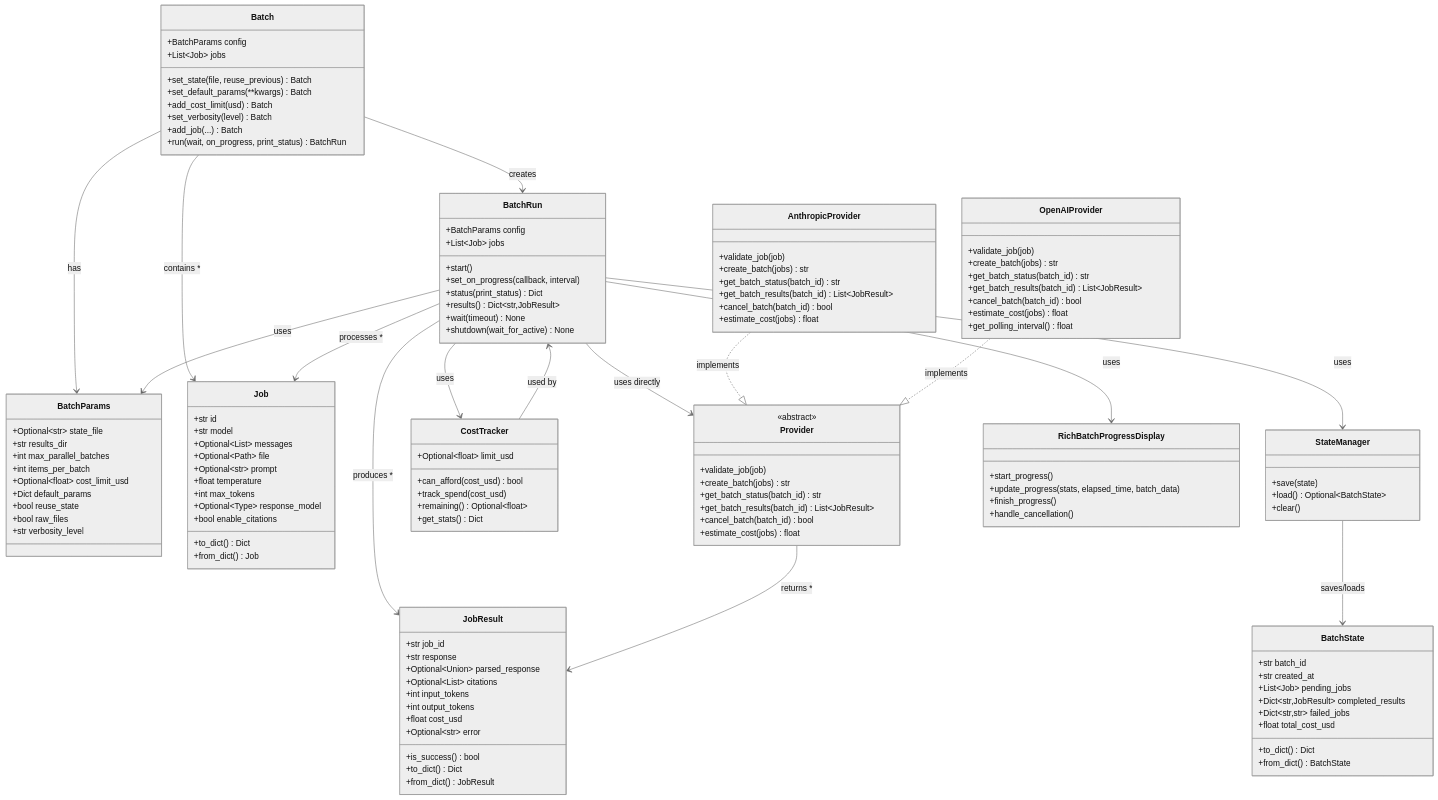
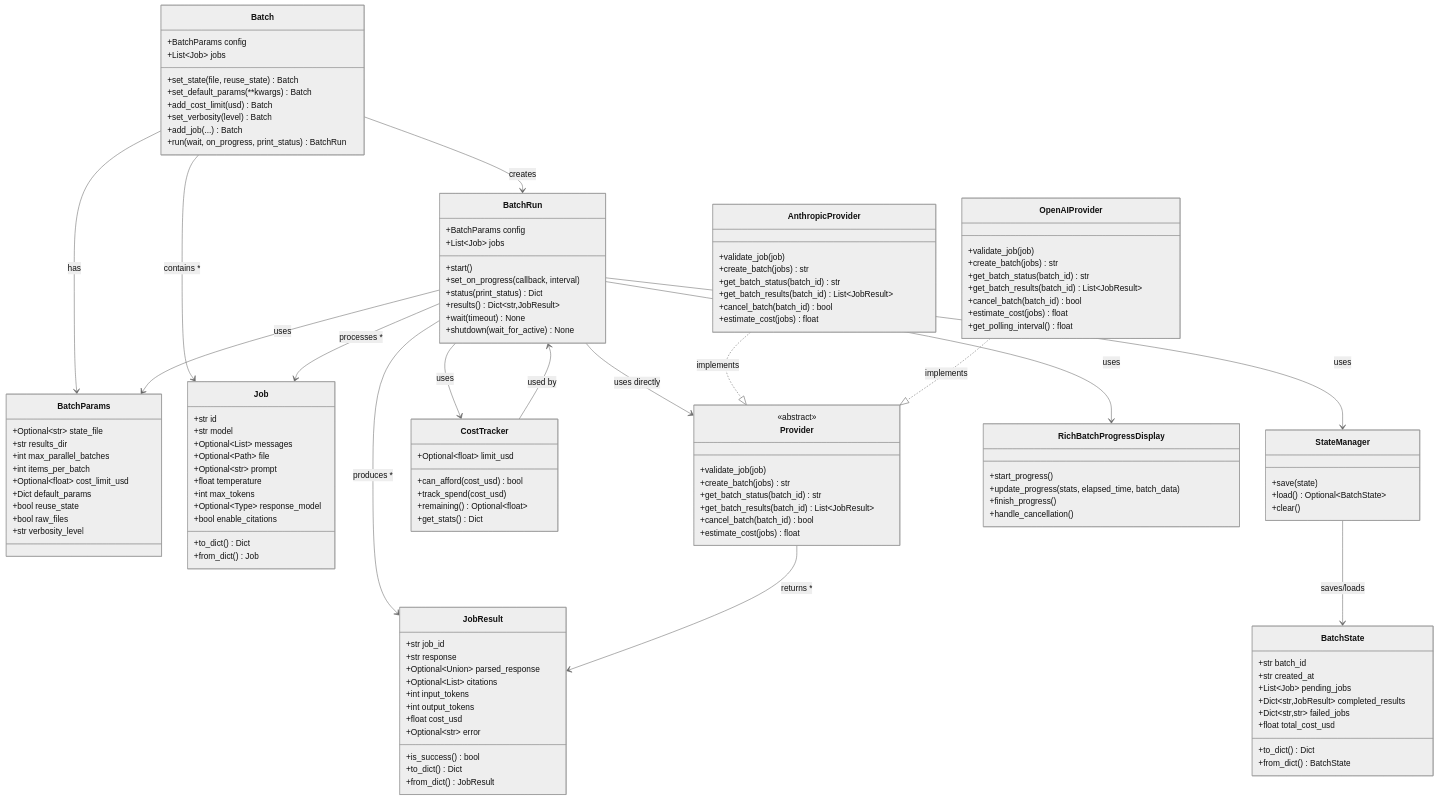
Before and after one commit to agamm/batchata: the diagram in development.md, drawn with Mermaid (neutral theme). The commit also changed 9 other files, not shown here.

```diff
--- a/development.md
+++ b/development.md
@@ -7,7 +7,7 @@
     class Batch {
         +BatchParams config
         +List~Job~ jobs
-        +set_state(file, reuse_previous) Batch
+        +set_state(file, reuse_state) Batch
         +set_default_params(**kwargs) Batch
         +add_cost_limit(usd) Batch
         +set_verbosity(level) Batch
```
